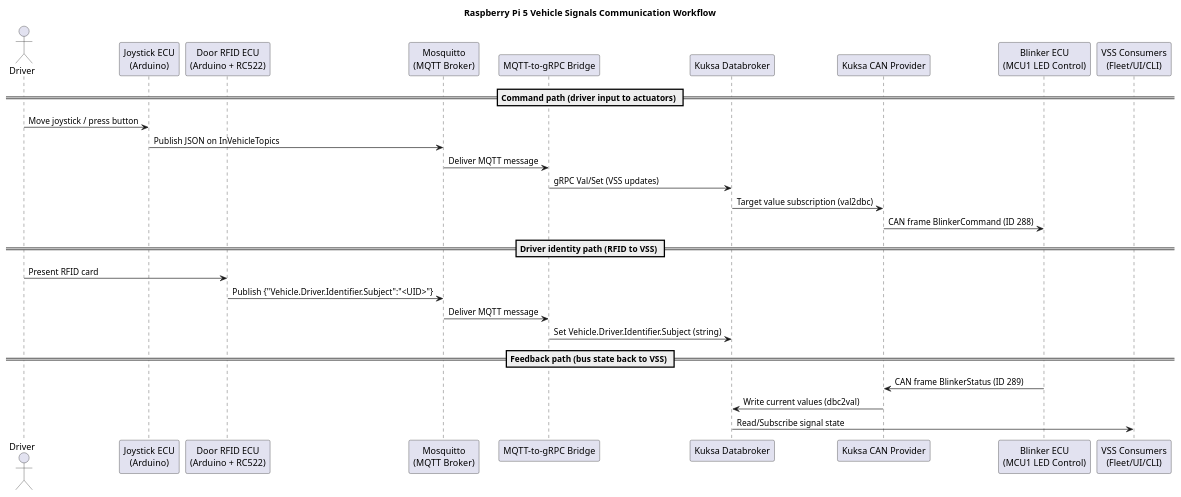
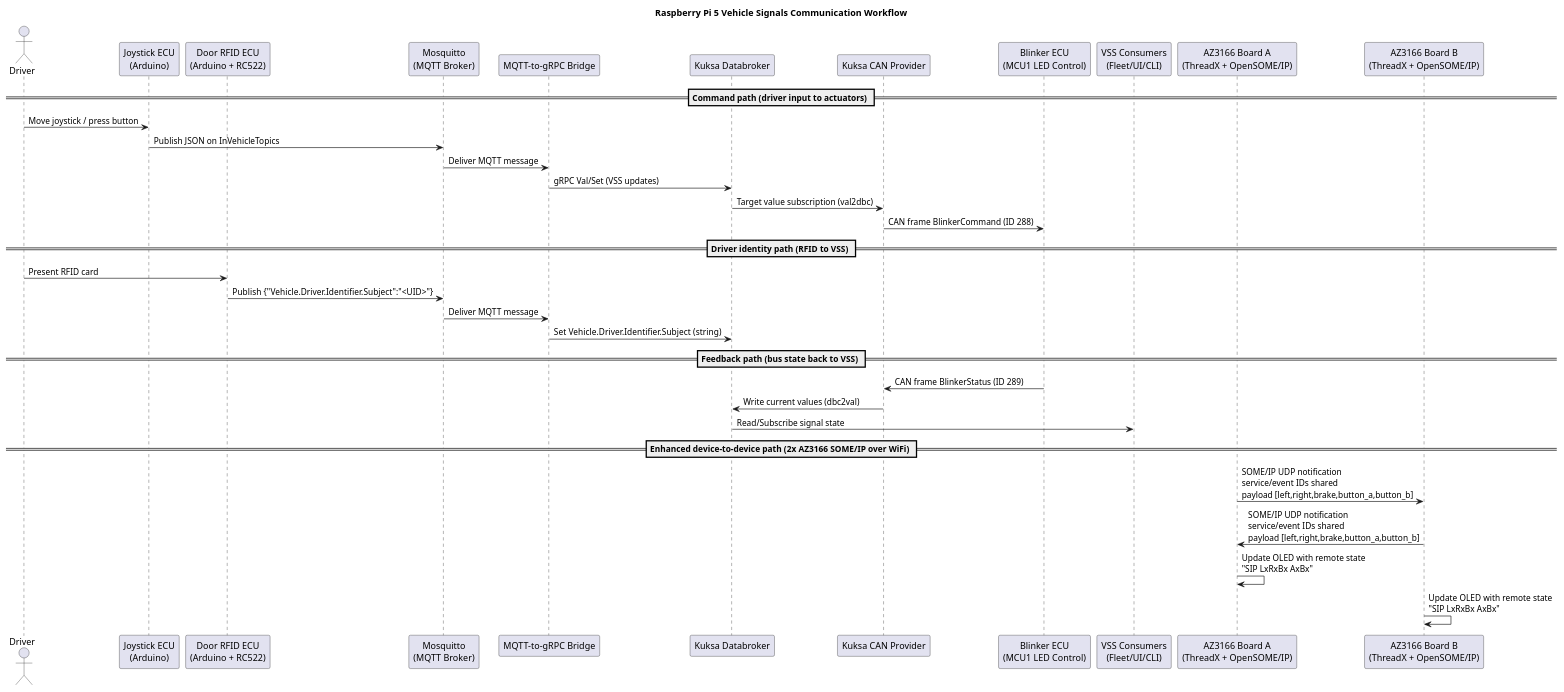
Before and after one commit to chheis/eclipse-sdv-e2e-demo-blueprint: the diagram in devices/raspberry-pi5/communication-workflow.puml, drawn with PlantUML. The commit also changed 10 other files, not shown here.

```diff
--- a/devices/raspberry-pi5/communication-workflow.puml
+++ b/devices/raspberry-pi5/communication-workflow.puml
@@ -1,33 +1,41 @@
 @startuml
 title Raspberry Pi 5 Vehicle Signals Communication Workflow
 
 actor "Driver" as Driver
 participant "Joystick ECU\n(Arduino)" as JoystickECU
 participant "Door RFID ECU\n(Arduino + RC522)" as RfidECU
 participant "Mosquitto\n(MQTT Broker)" as Broker
 participant "MQTT-to-gRPC Bridge" as Bridge
 participant "Kuksa Databroker" as Kuksa
 participant "Kuksa CAN Provider" as CAN
 participant "Blinker ECU\n(MCU1 LED Control)" as MCU
 participant "VSS Consumers\n(Fleet/UI/CLI)" as Consumers
+participant "AZ3166 Board A\n(ThreadX + OpenSOME/IP)" as AZA
+participant "AZ3166 Board B\n(ThreadX + OpenSOME/IP)" as AZB
 
 == Command path (driver input to actuators) ==
 Driver -> JoystickECU: Move joystick / press button
 JoystickECU -> Broker: Publish JSON on InVehicleTopics
 Broker -> Bridge: Deliver MQTT message
 Bridge -> Kuksa: gRPC Val/Set (VSS updates)
 Kuksa -> CAN: Target value subscription (val2dbc)
 CAN -> MCU: CAN frame BlinkerCommand (ID 288)
 
 == Driver identity path (RFID to VSS) ==
 Driver -> RfidECU: Present RFID card
 RfidECU -> Broker: Publish {"Vehicle.Driver.Identifier.Subject":"<UID>"}
 Broker -> Bridge: Deliver MQTT message
 Bridge -> Kuksa: Set Vehicle.Driver.Identifier.Subject (string)
 
 == Feedback path (bus state back to VSS) ==
 MCU -> CAN: CAN frame BlinkerStatus (ID 289)
 CAN -> Kuksa: Write current values (dbc2val)
 Kuksa -> Consumers: Read/Subscribe signal state
 
+== Enhanced device-to-device path (2x AZ3166 SOME/IP over WiFi) ==
+AZA -> AZB: SOME/IP UDP notification\nservice/event IDs shared\npayload [left,right,brake,button_a,button_b]
+AZB -> AZA: SOME/IP UDP notification\nservice/event IDs shared\npayload [left,right,brake,button_a,button_b]
+AZA -> AZA: Update OLED with remote state\n"SIP LxRxBx AxBx"
+AZB -> AZB: Update OLED with remote state\n"SIP LxRxBx AxBx"
+
 @enduml
```
